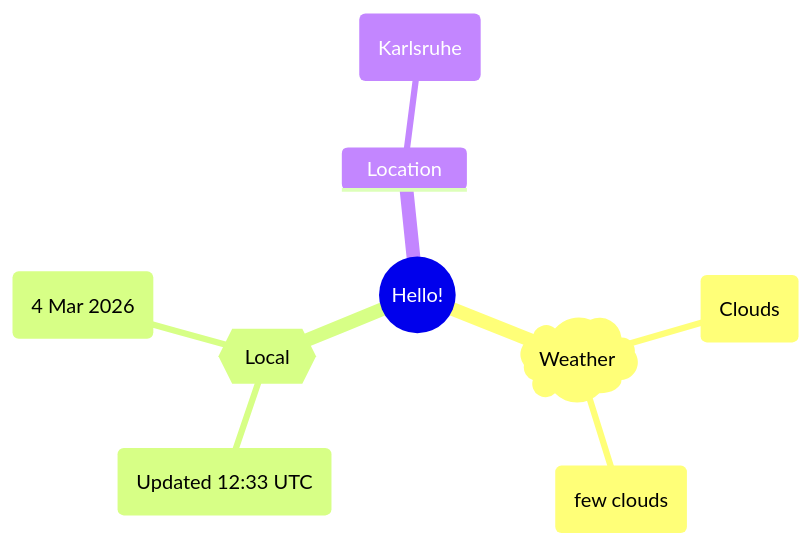
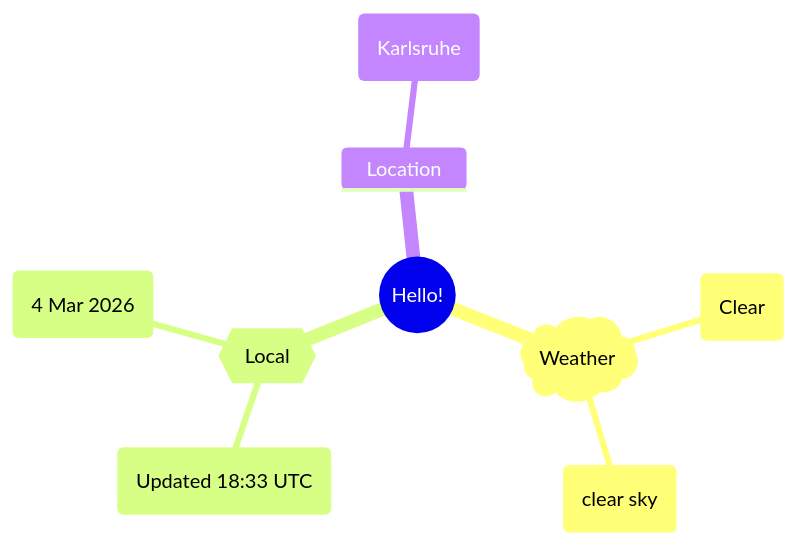
One commit to Xosrov/Xosrov changed the first of 2 diagrams in README.md. Above: the diagram before and after it, drawn with Mermaid.

Commit message:
[bot] updated images

````diff
--- a/README.md
+++ b/README.md
@@ -3,12 +3,12 @@
 ```mermaid
 mindmap
   root((Hello!))
     )Weather(
-        (Clouds)
-        (few clouds)
+        (Clear)
+        (clear sky)
     {{Local}}
-        (Updated 12:33 UTC)
+        (Updated 18:33 UTC)
         (4 Mar 2026)
     Location
         (Karlsruhe)
 ```
````
